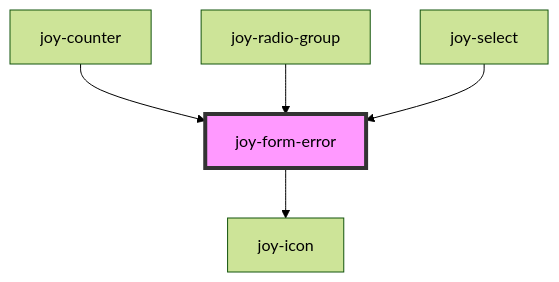
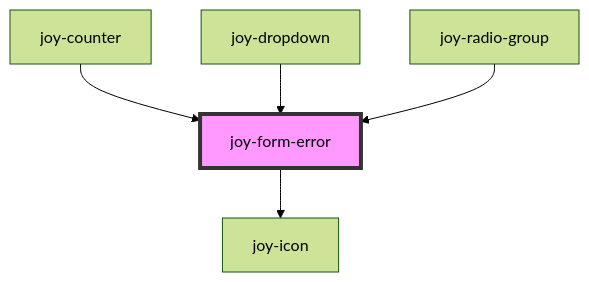
The diagram in core/src/components/form-error/readme.md (Maltcommunity/joy), drawn with Mermaid (forest theme) before and after one commit. The commit also changed other lines of this file and 135 other files, not shown here.

````diff
--- a/core/src/components/form-error/readme.md
+++ b/core/src/components/form-error/readme.md
@@ -45,8 +55,8 @@
 ```mermaid
 graph TD;
   joy-form-error --> joy-icon
   joy-counter --> joy-form-error
+  joy-dropdown --> joy-form-error
   joy-radio-group --> joy-form-error
-  joy-select --> joy-form-error
   style joy-form-error fill:#f9f,stroke:#333,stroke-width:4px
 ```
````
